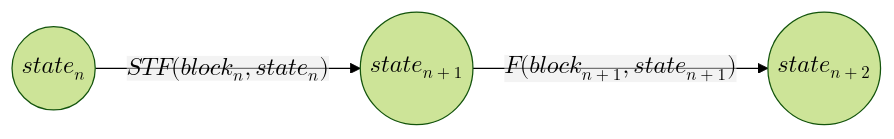
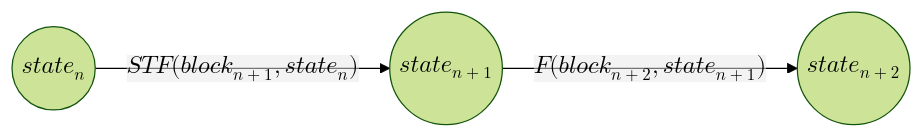
One commit to kianenigma/what-blockchain-actually changed the first of 2 diagrams in content/Content/What/Blocks, Transactions, And Blockchain Systems.md. Above: the diagram before and after it, drawn with Mermaid (forest theme). The commit also changed other lines of this file and 28 other files, not shown here.

````diff
--- a/content/Content/What/Blocks, Transactions, And Blockchain Systems.md
+++ b/content/Content/What/Blocks, Transactions, And Blockchain Systems.md
@@ -23,4 +23,4 @@
 ```mermaid
 graph LR
-y(("$$state_n$$")) -->|"$$STF(block_n,state_n)$$"| yp(("$$state_{n+1}$$")) -->|"$$F(block_{n+1},state_{n+1})$$"| ypp(("$$state_{n+2}$$"))
+y(("$$state_n$$")) -->|"$$STF(block_{n+1}, state_n)$$"| yp(("$$state_{n+1}$$")) -->|"$$F(block_{n+2}, state_{n+1})$$"| ypp(("$$state_{n+2}$$"))
 ```
````
